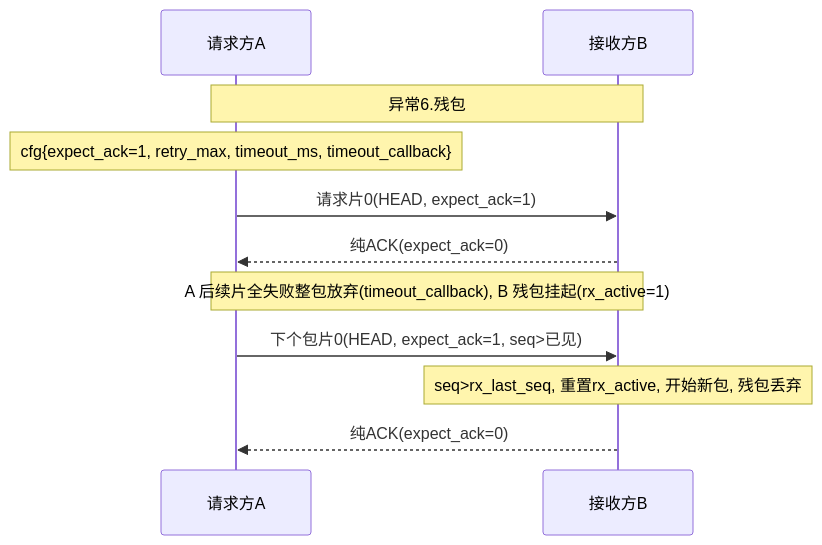
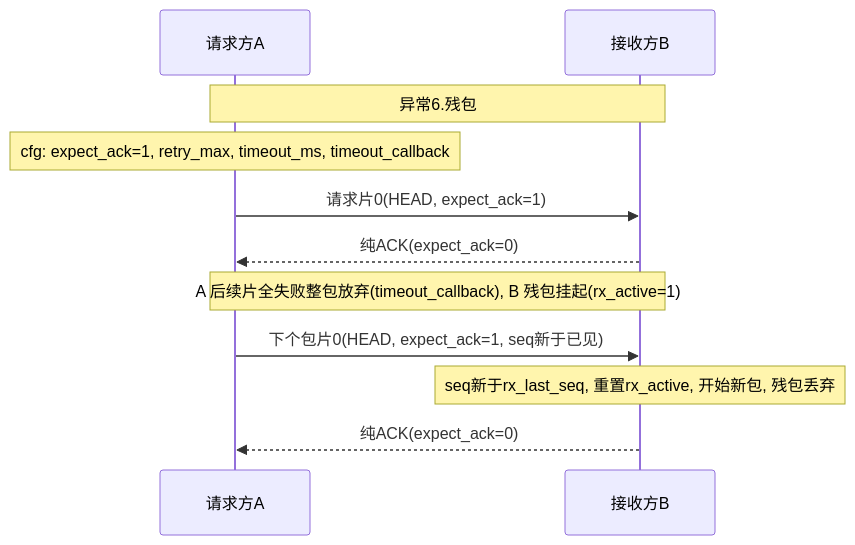
One commit to Siaiai/ObsidianNote changed diagram 13 of 14 in 工作/项目/代码/260401S3分拣面板-SIA-R9000P.md. Above: the diagram before and after it, drawn with Mermaid. The commit also changed other lines of this file and 1 other file, not shown here.

````diff
--- a/工作/项目/代码/260401S3分拣面板-SIA-R9000P.md
+++ b/工作/项目/代码/260401S3分拣面板-SIA-R9000P.md
@@ -287,13 +286,13 @@
 ```mermaid
 sequenceDiagram
     participant A as 请求方A
     participant B as 接收方B
     Note over A,B: 异常6.残包
-    Note over A: cfg{expect_ack=1, retry_max, timeout_ms, timeout_callback}
+    Note over A: cfg: expect_ack=1, retry_max, timeout_ms, timeout_callback
     A->>B: 请求片0(HEAD, expect_ack=1)
     B-->>A: 纯ACK(expect_ack=0)
     Note over A,B: A 后续片全失败整包放弃(timeout_callback), B 残包挂起(rx_active=1)
-    A->>B: 下个包片0(HEAD, expect_ack=1, seq>已见)
-    Note over B: seq>rx_last_seq, 重置rx_active, 开始新包, 残包丢弃
+    A->>B: 下个包片0(HEAD, expect_ack=1, seq新于已见)
+    Note over B: seq新于rx_last_seq, 重置rx_active, 开始新包, 残包丢弃
     B-->>A: 纯ACK(expect_ack=0)
 ```
````
